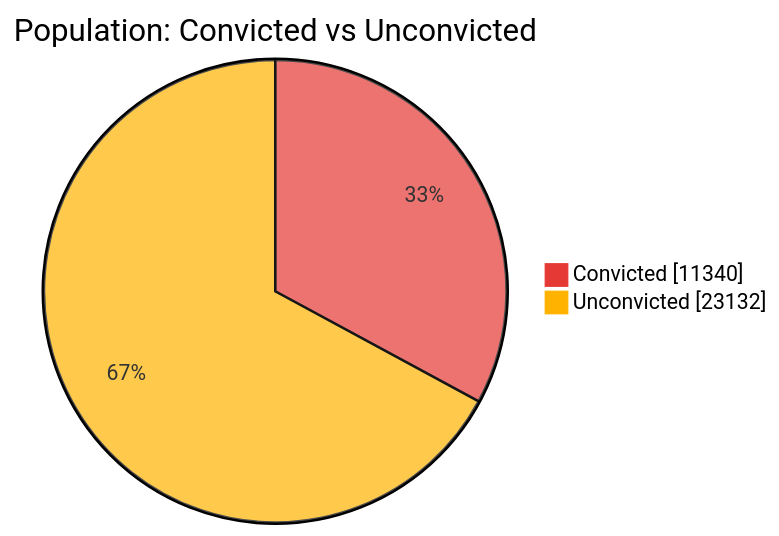
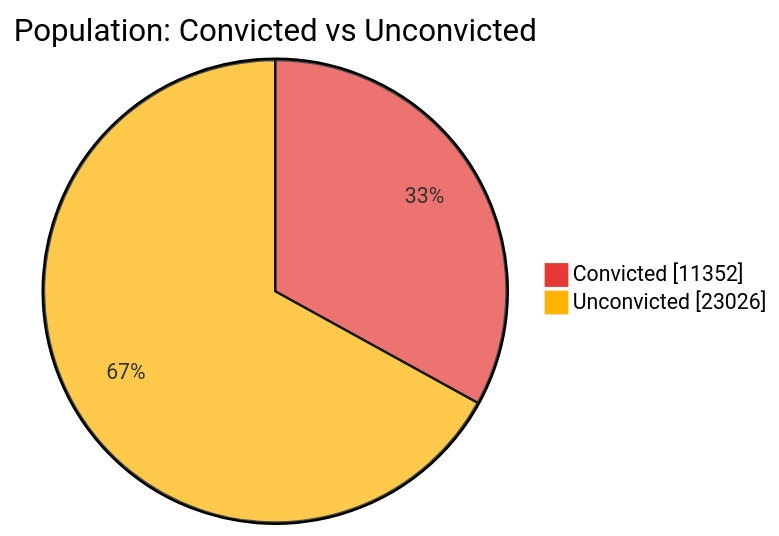
Before and after one commit to nuuuwan/lk_prisons: the first of 7 diagrams in README.md, drawn with Mermaid. The commit also changed other lines of this file and 1 other file, not shown here.

````diff
--- a/README.md
+++ b/README.md
@@ -43,6 +43,6 @@
 ```mermaid
 %%{init: {'themeVariables': {'pie1': '#E53935', 'pie2': '#FFB300'}}}%%
 pie showData title Population: Convicted vs Unconvicted
-    "Convicted" : 11340
-    "Unconvicted" : 23132
+    "Convicted" : 11352
+    "Unconvicted" : 23026
 ```
````
